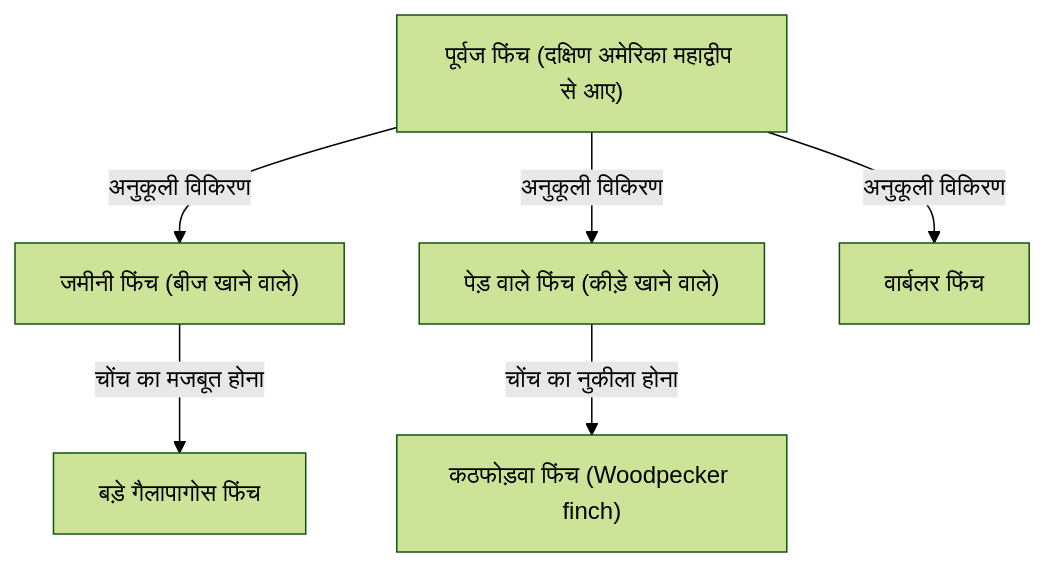
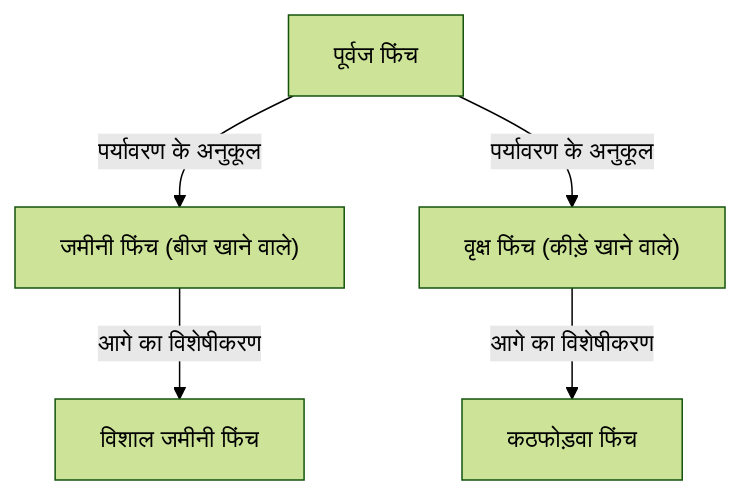
One commit to kenjinote/blog changed the diagram in content/post/darwins-theory-of-evolution/index.hi.md. Above: the diagram before and after it, drawn with Mermaid (forest theme). The commit also changed other lines of this file and 129 other files, not shown here.

````diff
--- a/content/post/darwins-theory-of-evolution/index.hi.md
+++ b/content/post/darwins-theory-of-evolution/index.hi.md
@@ -25,9 +27,7 @@
 ```mermaid
 graph TD
-    A["पूर्वज फिंच (दक्षिण अमेरिका महाद्वीप से आए)"]
-    A -- "अनुकूली विकिरण" --> B["जमीनी फिंच (बीज खाने वाले)"]
-    A -- "अनुकूली विकिरण" --> C["पेड़ वाले फिंच (कीड़े खाने वाले)"]
-    A -- "अनुकूली विकिरण" --> D["वार्बलर फिंच"]
-    B -- "चोंच का मजबूत होना" --> B1["बड़े गैलापागोस फिंच"]
-    C -- "चोंच का नुकीला होना" --> C1["कठफोड़वा फिंच (Woodpecker finch)"]
+    A["पूर्वज फिंच"] -- "पर्यावरण के अनुकूल" --> B["जमीनी फिंच (बीज खाने वाले)"]
+    A["पूर्वज फिंच"] -- "पर्यावरण के अनुकूल" --> C["वृक्ष फिंच (कीड़े खाने वाले)"]
+    B["जमीनी फिंच (बीज खाने वाले)"] -- "आगे का विशेषीकरण" --> D["विशाल जमीनी फिंच"]
+    C["वृक्ष फिंच (कीड़े खाने वाले)"] -- "आगे का विशेषीकरण" --> E["कठफोड़वा फिंच"]
 ```
````
